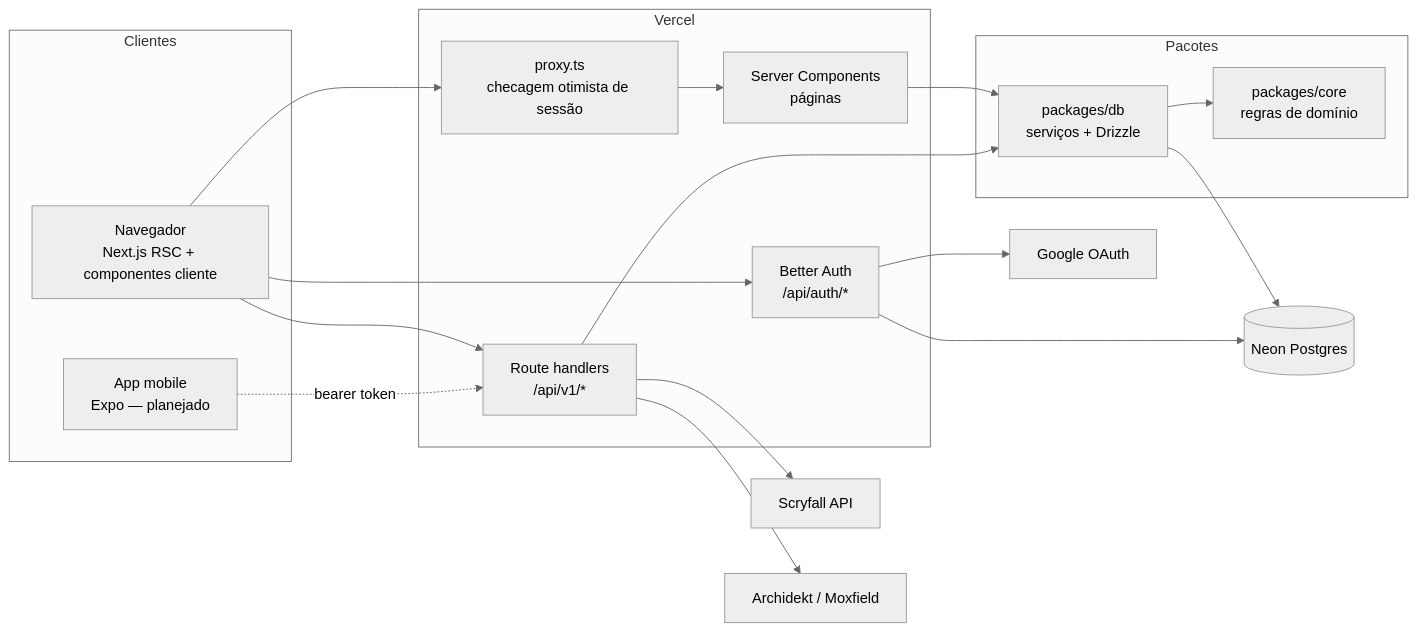
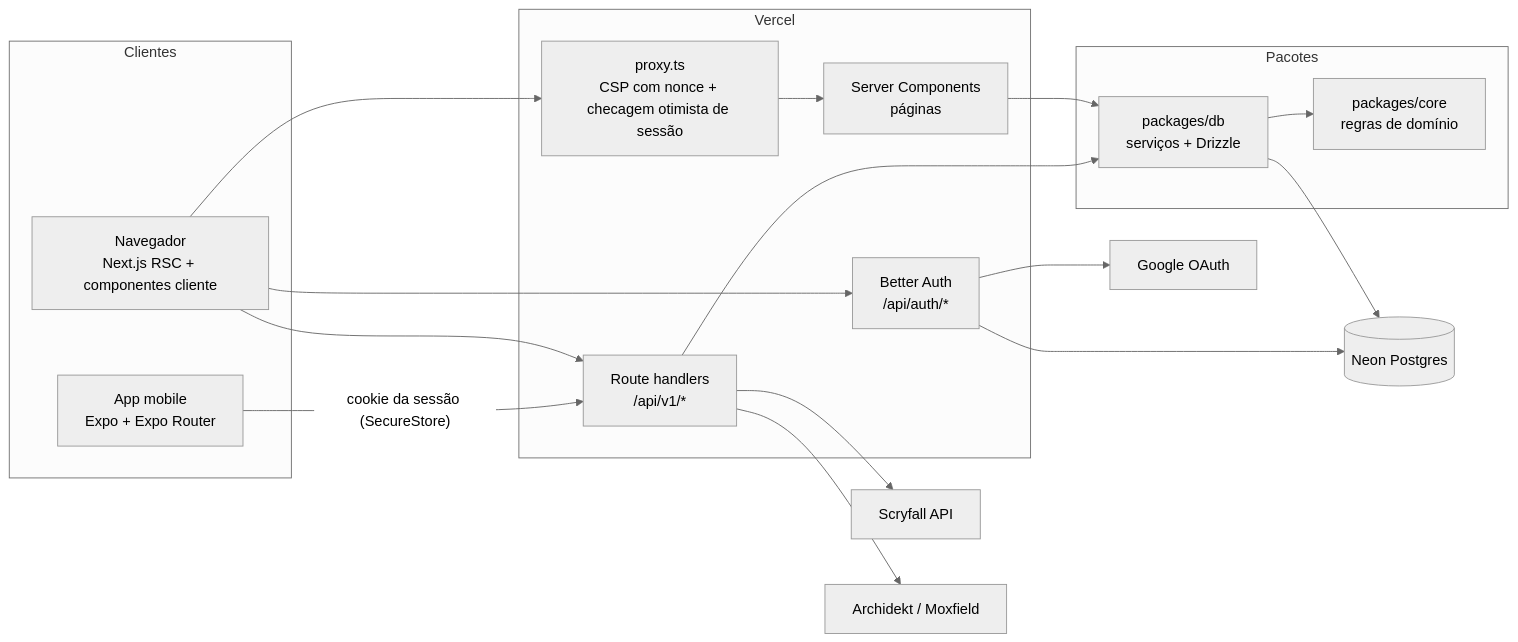
The first of 2 diagrams in docs/ARCHITECTURE.md (fernandolobao/boramarcar), drawn with Mermaid (neutral theme) before and after one commit. The commit also changed other lines of this file and 1 other file, not shown here.

Commit message:
docs: Fase 8 (beta assistido e crescimento) e arquitetura revisada
- ROADMAP: posicionamento "hub da mesa", métrica norte (grupos com encontro e partida em 28
  dias), itens 8.1–8.9, decisões de monetização e escopo; 5.9 adiado.
- ARCHITECTURE: mobile não é mais "planejado"; proxy.ts com CSP; IP no Sentry.

Claude-Session: https://claude.ai/code/session_013e8g1QrRkF4DXRTJBHySPu

````diff
--- a/docs/ARCHITECTURE.md
+++ b/docs/ARCHITECTURE.md
@@ -5,33 +7,33 @@
 ```mermaid
 flowchart LR
   subgraph Clientes
     W[Navegador<br/>Next.js RSC + componentes cliente]
-    M[App mobile<br/>Expo — planejado]
+    M[App mobile<br/>Expo + Expo Router]
   end
   subgraph Vercel
-    P[proxy.ts<br/>checagem otimista de sessão]
+    P[proxy.ts<br/>CSP com nonce + checagem otimista de sessão]
     R[Server Components<br/>páginas]
     A[Route handlers<br/>/api/v1/*]
     AU[Better Auth<br/>/api/auth/*]
   end
   subgraph Pacotes
     DB[packages/db<br/>serviços + Drizzle]
     C[packages/core<br/>regras de domínio]
   end
   N[(Neon Postgres)]
   G[Google OAuth]
   S[Scryfall API]
   X[Archidekt / Moxfield]
 
   W --> P --> R
   W --> A
-  M -. bearer token .-> A
+  M -- cookie da sessão (SecureStore) --> A
   W --> AU --> G
   R --> DB
   A --> DB
   DB --> C
   DB --> N
   AU --> N
   A --> S
   A --> X
 ```
````
